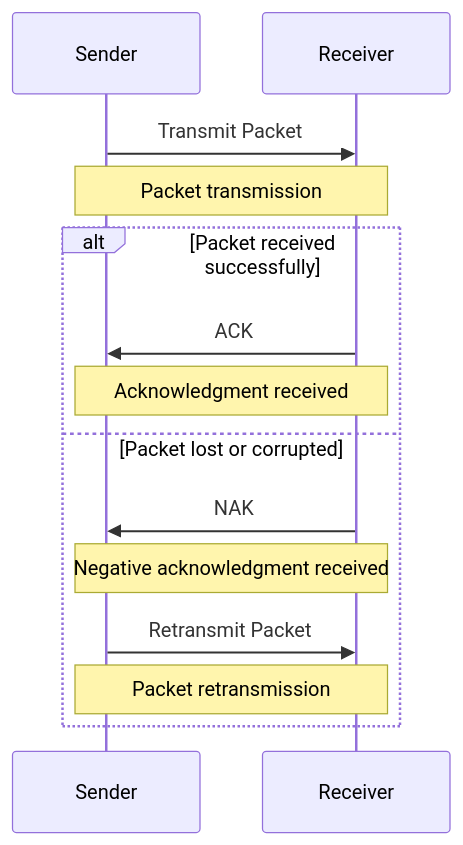
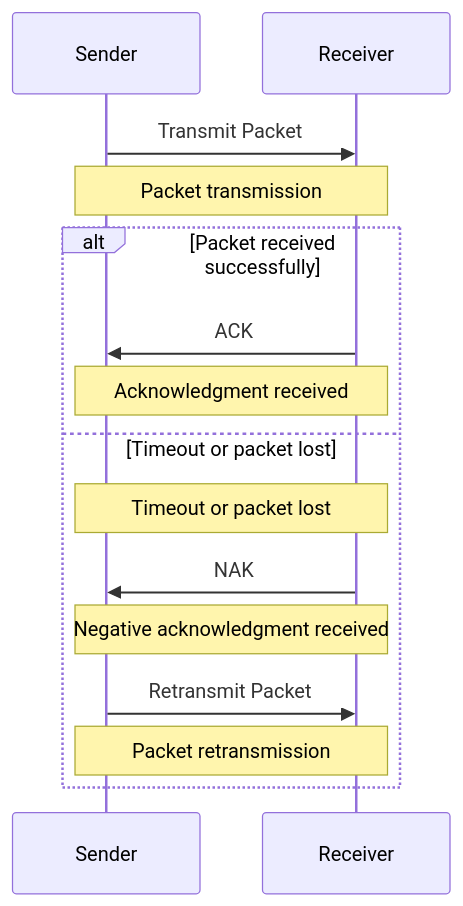
The diagram in figures/dsp/dsp-arq.mmd (dyc3/sys-581-group-project), drawn with Mermaid before and after one commit. The commit also changed 1 other file, not shown here.

```diff
--- a/figures/dsp/dsp-arq.mmd
+++ b/figures/dsp/dsp-arq.mmd
@@ -1,15 +1,16 @@
 sequenceDiagram
     participant Sender
     participant Receiver
 
     Sender->>Receiver: Transmit Packet
     Note over Sender, Receiver: Packet transmission
     alt Packet received successfully
         Receiver->>Sender: ACK
         Note over Sender, Receiver: Acknowledgment received
-    else Packet lost or corrupted
+    else Timeout or packet lost
+        Note over Sender, Receiver: Timeout or packet lost
         Receiver->>Sender: NAK
         Note over Sender, Receiver: Negative acknowledgment received
         Sender->>Receiver: Retransmit Packet
         Note over Sender, Receiver: Packet retransmission
     end
```
